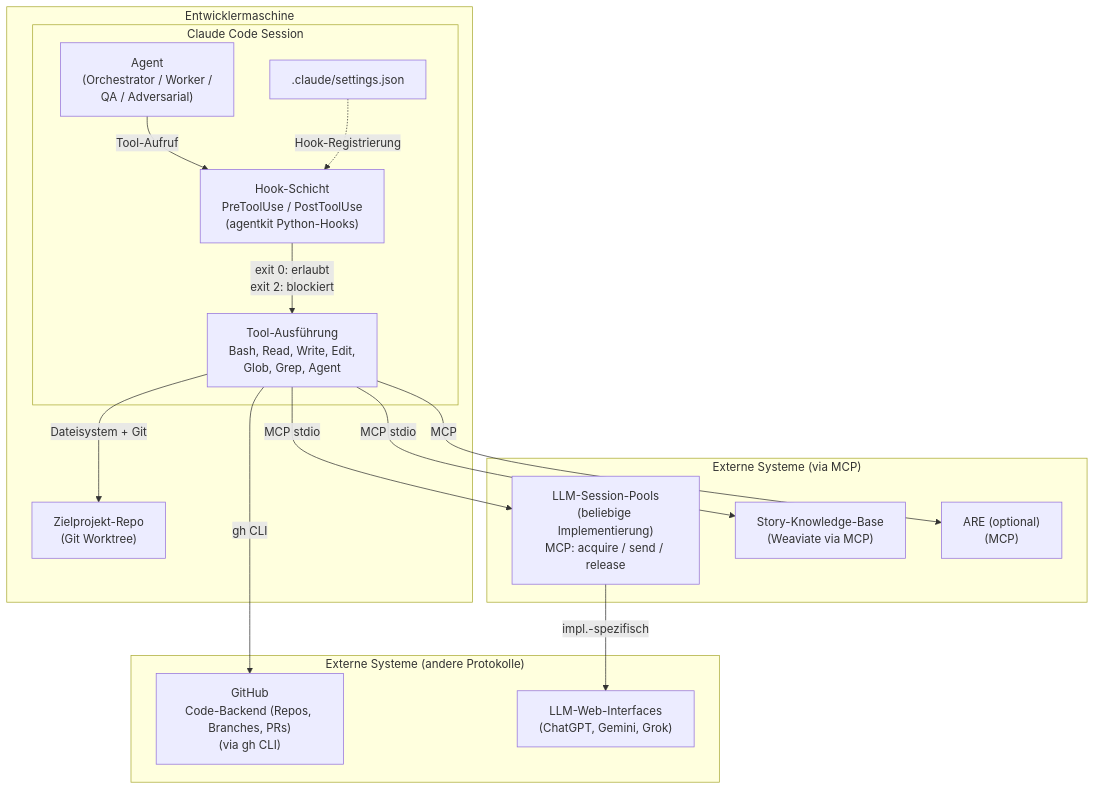
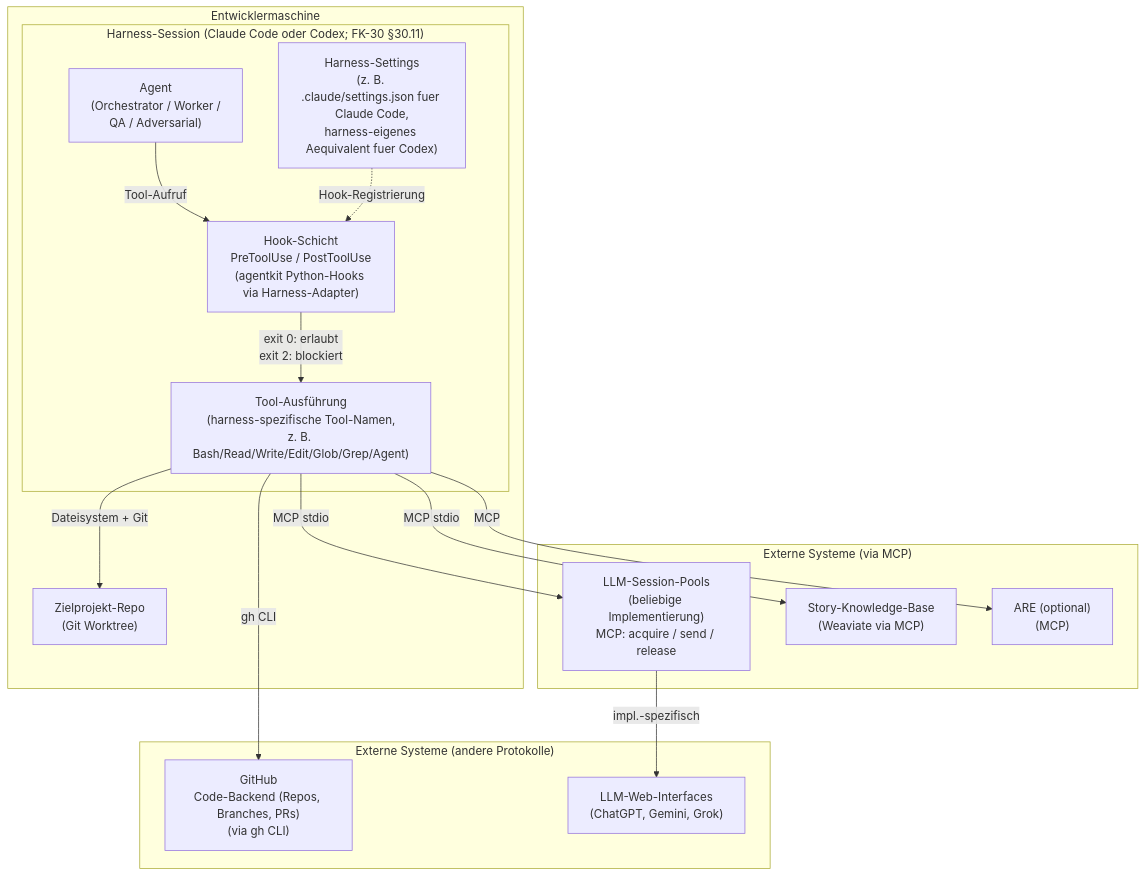
One commit to saltenhof/claude-agentkit3 changed the first of 4 diagrams in concept/technical-design/01_systemkontext_und_architekturprinzipien.md. Above: the diagram before and after it, drawn with Mermaid. The commit also changed other lines of this file and 33 other files, not shown here.

````diff
--- a/concept/technical-design/01_systemkontext_und_architekturprinzipien.md
+++ b/concept/technical-design/01_systemkontext_und_architekturprinzipien.md
@@ -53,36 +54,36 @@
 ```mermaid
 graph TB
     subgraph DEV["Entwicklermaschine"]
 
-        subgraph CC["Claude Code Session"]
+        subgraph CC["Harness-Session (Claude Code oder Codex; FK-30 §30.11)"]
             AGENT["Agent<br/>(Orchestrator / Worker /<br/>QA / Adversarial)"]
-            HOOKS["Hook-Schicht<br/>PreToolUse / PostToolUse<br/>(agentkit Python-Hooks)"]
-            TOOLS["Tool-Ausführung<br/>Bash, Read, Write, Edit,<br/>Glob, Grep, Agent"]
-            SETTINGS[".claude/settings.json"]
+            HOOKS["Hook-Schicht<br/>PreToolUse / PostToolUse<br/>(agentkit Python-Hooks via Harness-Adapter)"]
+            TOOLS["Tool-Ausführung<br/>(harness-spezifische Tool-Namen,<br/>z. B. Bash/Read/Write/Edit/Glob/Grep/Agent)"]
+            SETTINGS["Harness-Settings<br/>(z. B. .claude/settings.json fuer Claude Code,<br/>harness-eigenes Aequivalent fuer Codex)"]
 
             AGENT -->|"Tool-Aufruf"| HOOKS
             HOOKS -->|"exit 0: erlaubt<br/>exit 2: blockiert"| TOOLS
             SETTINGS -.->|"Hook-Registrierung"| HOOKS
         end
 
         REPO["Zielprojekt-Repo<br/>(Git Worktree)"]
         TOOLS -->|"Dateisystem + Git"| REPO
     end
 
     subgraph EXTERN_MCP["Externe Systeme (via MCP)"]
         LLM_POOLS["LLM-Session-Pools<br/>(beliebige Implementierung)<br/>MCP: acquire / send / release"]
         VEKTORDB["Story-Knowledge-Base<br/>(Weaviate via MCP)"]
         ARE["ARE (optional)<br/>(MCP)"]
     end
 
     subgraph EXTERN_OTHER["Externe Systeme (andere Protokolle)"]
         GITHUB["GitHub<br/>Code-Backend (Repos, Branches, PRs)<br/>(via gh CLI)"]
         LLM_WEB["LLM-Web-Interfaces<br/>(ChatGPT, Gemini, Grok)"]
     end
 
     TOOLS -->|"MCP stdio"| LLM_POOLS
     TOOLS -->|"MCP stdio"| VEKTORDB
     TOOLS -->|"MCP"| ARE
     TOOLS -->|"gh CLI"| GITHUB
     LLM_POOLS -->|"impl.-spezifisch"| LLM_WEB
 ```
````
